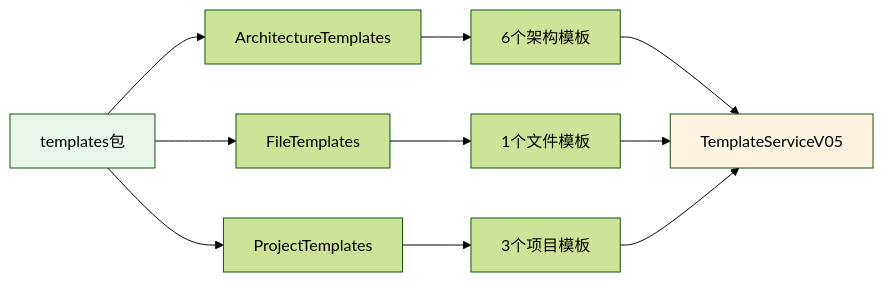
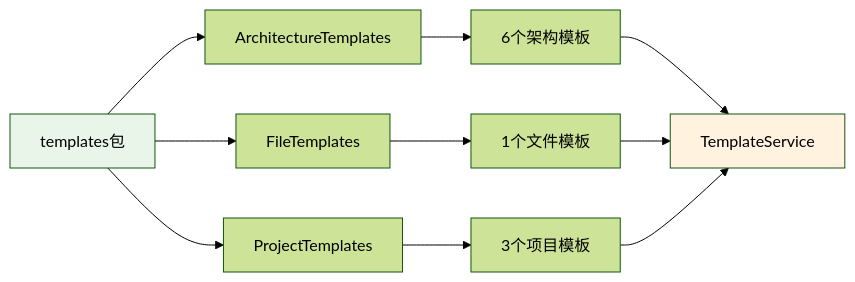
The second of 2 diagrams in docs/files/summaries/src/templates/templates/__init__.py.md (MGX-LJY/CodeLens), drawn with Mermaid (forest theme) before and after one commit. The commit also changed other lines of this file and 10 other files, not shown here.

````diff
--- a/docs/files/summaries/src/templates/templates/__init__.py.md
+++ b/docs/files/summaries/src/templates/templates/__init__.py.md
@@ -81,17 +81,17 @@
 ```mermaid
 graph LR
     A[templates包] --> B[ArchitectureTemplates]
     A --> C[FileTemplates]
     A --> D[ProjectTemplates]
     
     B --> E[6个架构模板]
     C --> F[1个文件模板]
     D --> G[3个项目模板]
     
-    E --> H[TemplateServiceV05]
+    E --> H[TemplateService]
     F --> H
     G --> H
     
     style A fill:#e8f5e8
     style H fill:#fff3e0
 ```
````
